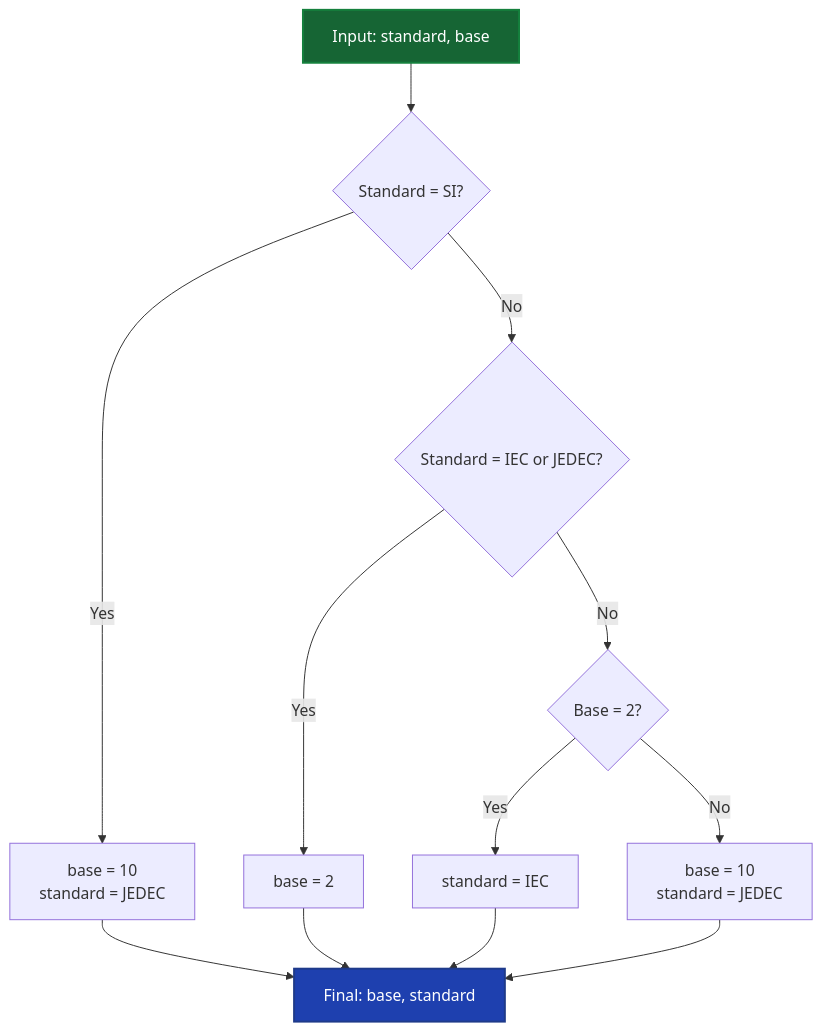
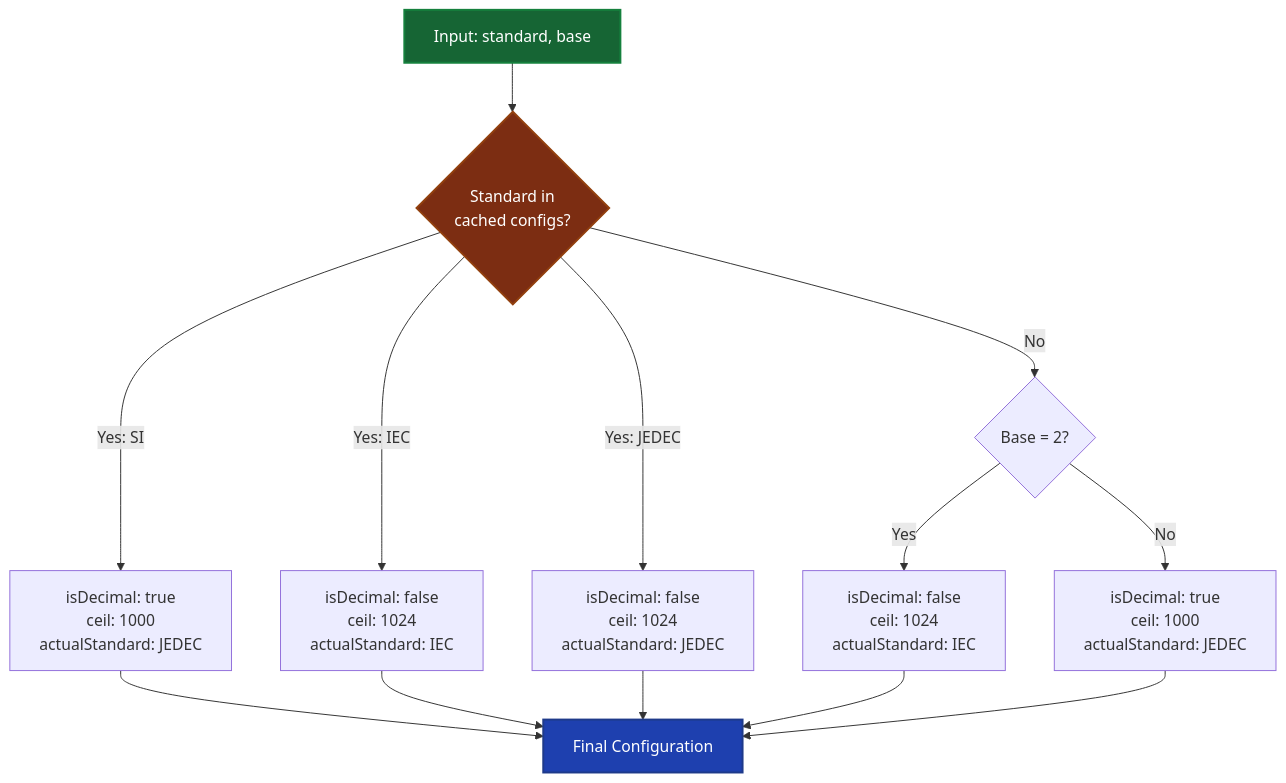
The fourth of 7 diagrams in docs/TECHNICAL_DOCUMENTATION.md (avoidwork/filesize.js), drawn with Mermaid before and after one commit. The commit also changed other lines of this file and 16 other files, not shown here.

````diff
--- a/docs/TECHNICAL_DOCUMENTATION.md
+++ b/docs/TECHNICAL_DOCUMENTATION.md
@@ -338,21 +389,22 @@
 ```mermaid
 flowchart TD
-    Input[Input: standard, base] --> CheckStandard{Standard = SI?}
+    Input[Input: standard, base] --> CheckCached{Standard in<br/>cached configs?}
     
-    CheckStandard -->|Yes| SetDecimal[base = 10<br/>standard = JEDEC]
-    CheckStandard -->|No| CheckIEC{Standard = IEC or JEDEC?}
+    CheckCached -->|Yes: SI| ReturnSI[isDecimal: true<br/>ceil: 1000<br/>actualStandard: JEDEC]
+    CheckCached -->|Yes: IEC| ReturnIEC[isDecimal: false<br/>ceil: 1024<br/>actualStandard: IEC]
+    CheckCached -->|Yes: JEDEC| ReturnJEDEC[isDecimal: false<br/>ceil: 1024<br/>actualStandard: JEDEC]
+    CheckCached -->|No| CheckBase{Base = 2?}
     
-    CheckIEC -->|Yes| SetBinary[base = 2]
-    CheckIEC -->|No| CheckBase{Base = 2?}
+    CheckBase -->|Yes| ReturnBase2[isDecimal: false<br/>ceil: 1024<br/>actualStandard: IEC]
+    CheckBase -->|No| ReturnDefault[isDecimal: true<br/>ceil: 1000<br/>actualStandard: JEDEC]
     
-    CheckBase -->|Yes| SetIEC[standard = IEC]
-    CheckBase -->|No| SetDefault[base = 10<br/>standard = JEDEC]
-    
-    SetDecimal --> Result[Final: base, standard]
-    SetBinary --> Result
-    SetIEC --> Result
-    SetDefault --> Result
+    ReturnSI --> Result[Final Configuration]
+    ReturnIEC --> Result
+    ReturnJEDEC --> Result
+    ReturnBase2 --> Result
+    ReturnDefault --> Result
     
     style Input fill:#166534,stroke:#15803d,stroke-width:2px,color:#ffffff
     style Result fill:#1e40af,stroke:#1e3a8a,stroke-width:2px,color:#ffffff
+    style CheckCached fill:#7c2d12,stroke:#92400e,stroke-width:2px,color:#ffffff
 ```
````
